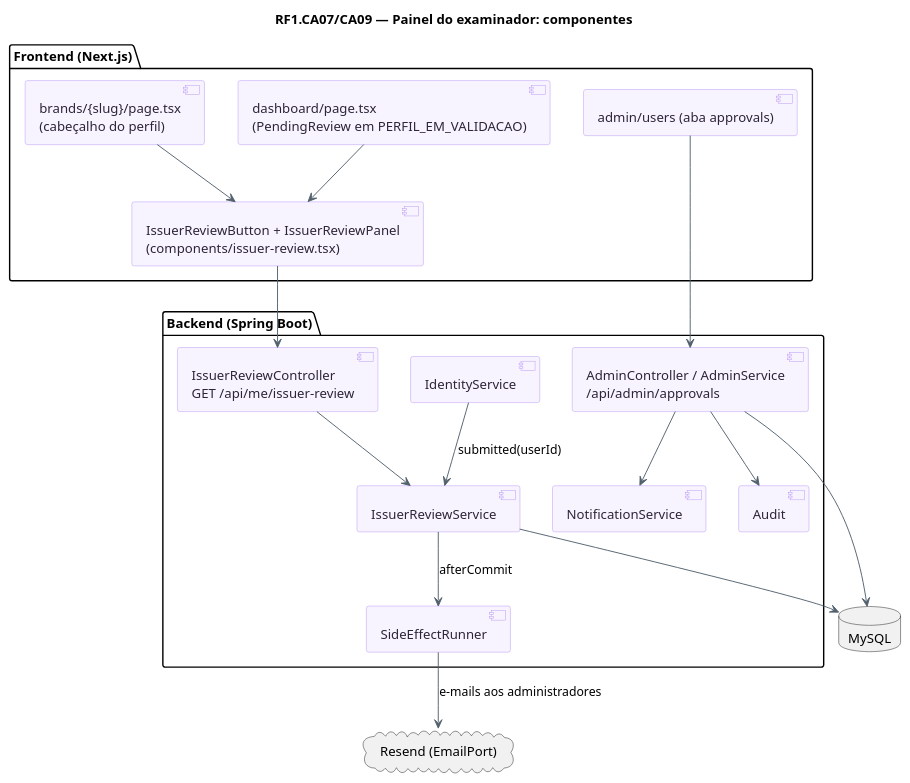
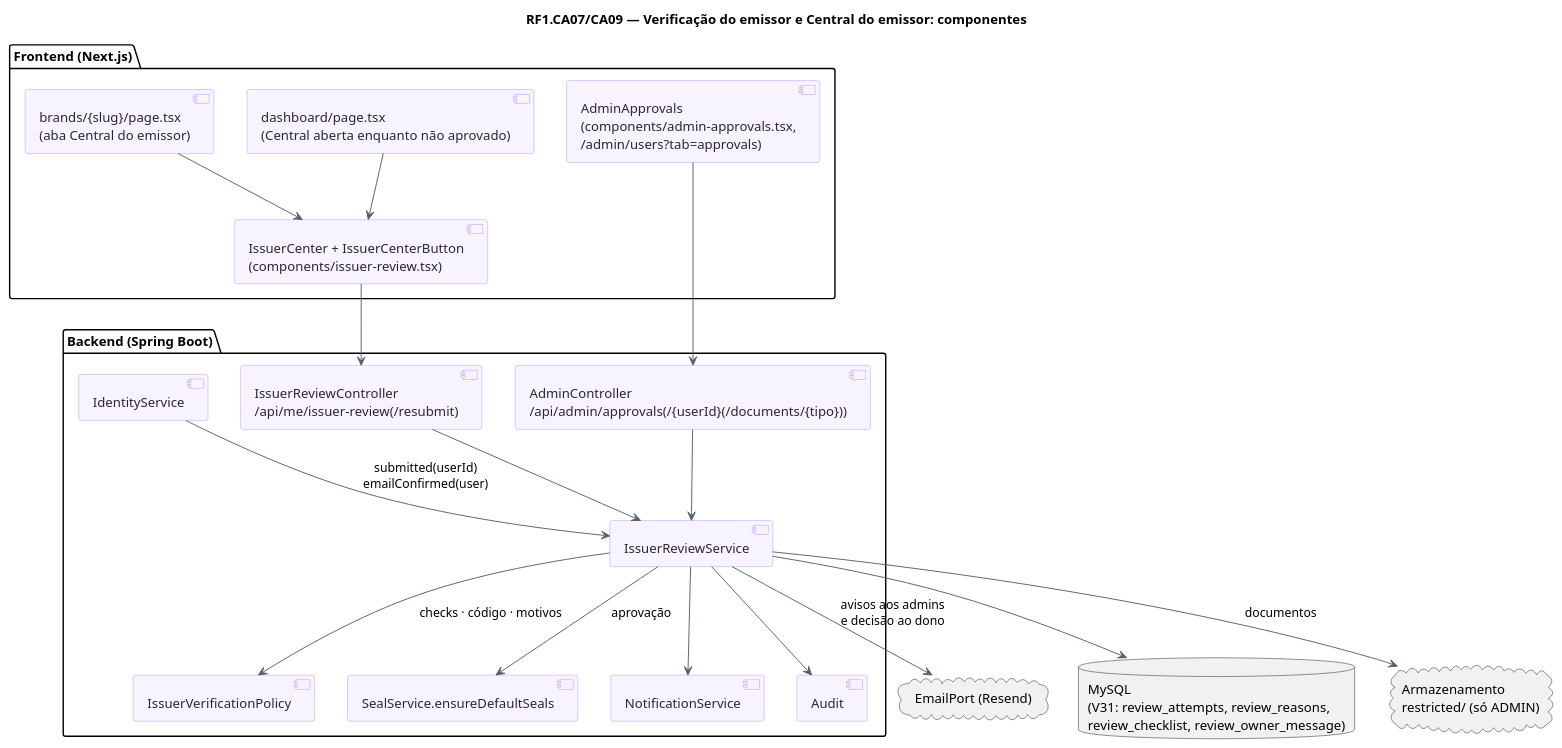
The diagram in docs/diagramas/RF1-painel-do-examinador/RF1-examinador-componentes.puml (MatheusHaliski/tcc-2026-fashion-ai-backend), drawn with PlantUML before and after one commit. The commit also changed 12 other files, not shown here.

First line of the commit message:
Docs: diagramas do RF1 no fluxo atual da verificação do emissor e taxonomia regerada sobre o main

```diff
--- a/docs/diagramas/RF1-painel-do-examinador/RF1-examinador-componentes.puml
+++ b/docs/diagramas/RF1-painel-do-examinador/RF1-examinador-componentes.puml
@@ -1,40 +1,44 @@
 @startuml RF1_Examinador_Componentes
-title RF1.CA07/CA09 — Painel do examinador: componentes
+title RF1.CA07/CA09 — Verificação do emissor e Central do emissor: componentes
 skinparam backgroundColor #FFFFFF
 skinparam shadowing false
 skinparam component {
   BackgroundColor #F8F4FF
   BorderColor #B695F5
   FontColor #2D2438
   ArrowColor #52606D
 }
 package "Frontend (Next.js)" {
-  [IssuerReviewButton + IssuerReviewPanel\n(components/issuer-review.tsx)] as Btn
-  [dashboard/page.tsx\n(PendingReview em PERFIL_EM_VALIDACAO)] as Dash
-  [brands/{slug}/page.tsx\n(cabeçalho do perfil)] as Prof
-  [admin/users (aba approvals)] as Adm
+  [IssuerCenter + IssuerCenterButton\n(components/issuer-review.tsx)] as Center
+  [dashboard/page.tsx\n(Central aberta enquanto não aprovado)] as Dash
+  [brands/{slug}/page.tsx\n(aba Central do emissor)] as Prof
+  [AdminApprovals\n(components/admin-approvals.tsx,\n/admin/users?tab=approvals)] as Adm
 }
 package "Backend (Spring Boot)" {
-  [IssuerReviewController\nGET /api/me/issuer-review] as RC
+  [IssuerReviewController\n/api/me/issuer-review(/resubmit)] as RC
+  [AdminController\n/api/admin/approvals(/{userId}(/documents/{tipo}))] as AC
   [IssuerReviewService] as RS
+  [IssuerVerificationPolicy] as POL
   [IdentityService] as IS
-  [AdminController / AdminService\n/api/admin/approvals] as AS
-  [SideEffectRunner] as SE
+  [SealService.ensureDefaultSeals] as SS
   [NotificationService] as NS
   [Audit] as AU
 }
-cloud "Resend (EmailPort)" as Mail
-database "MySQL" as DB
-Prof --> Btn
-Dash --> Btn
-Btn --> RC
+cloud "EmailPort (Resend)" as Mail
+database "MySQL\n(V31: review_attempts, review_reasons,\nreview_checklist, review_owner_message)" as DB
+cloud "Armazenamento\nrestricted/ (só ADMIN)" as ST
+Prof --> Center
+Dash --> Center
+Center --> RC
+Adm --> AC
 RC --> RS
-IS --> RS : submitted(userId)
-RS --> SE : afterCommit
-SE --> Mail : e-mails aos administradores
+AC --> RS
+IS --> RS : submitted(userId)\nemailConfirmed(user)
+RS --> POL : checks · código · motivos
+RS --> SS : aprovação
+RS --> NS
+RS --> AU
+RS --> Mail : avisos aos admins\ne decisão ao dono
 RS --> DB
-Adm --> AS
-AS --> DB
-AS --> NS
-AS --> AU
+RS --> ST : documentos
 @enduml
```
